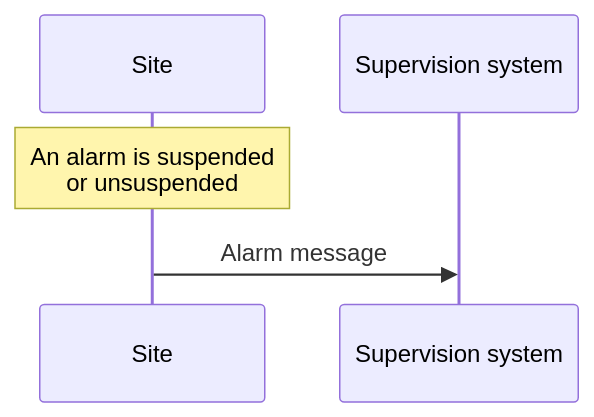
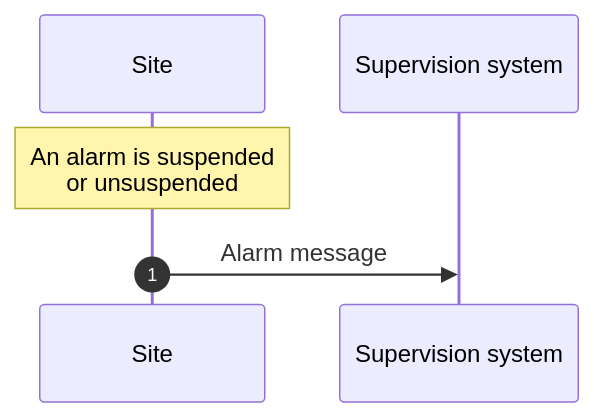
One commit to rsmp-nordic/rsmp_core changed the seventh of 16 diagrams in source/applicability/basic_structure.rst. Above: the diagram before and after it, drawn with Mermaid. The commit also changed other lines of this file, not shown here.

Commit message:
Enable autonumber to all (almost) diagrams

```diff
--- a/source/applicability/basic_structure.rst
+++ b/source/applicability/basic_structure.rst
@@ -683,7 +688,8 @@
 .. mermaid::
 
    sequenceDiagram
+     autonumber
      participant Site
      participant Supervision system
      Note over Site: An alarm is suspended<br/>or unsuspended
      Site->>Supervision system: Alarm message
```
